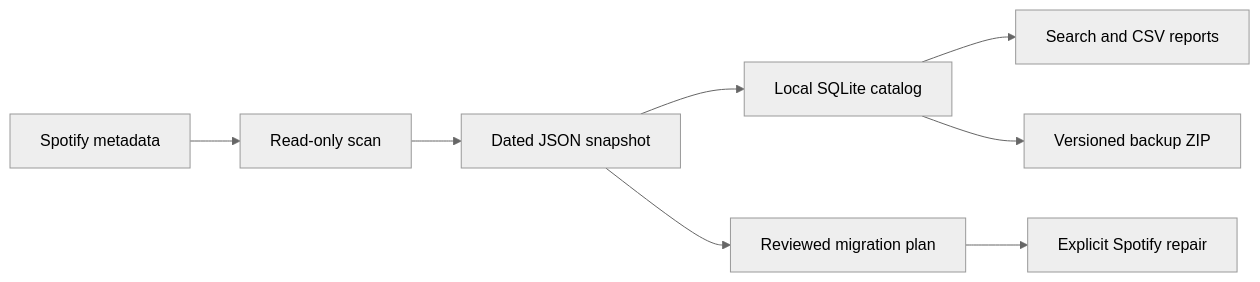
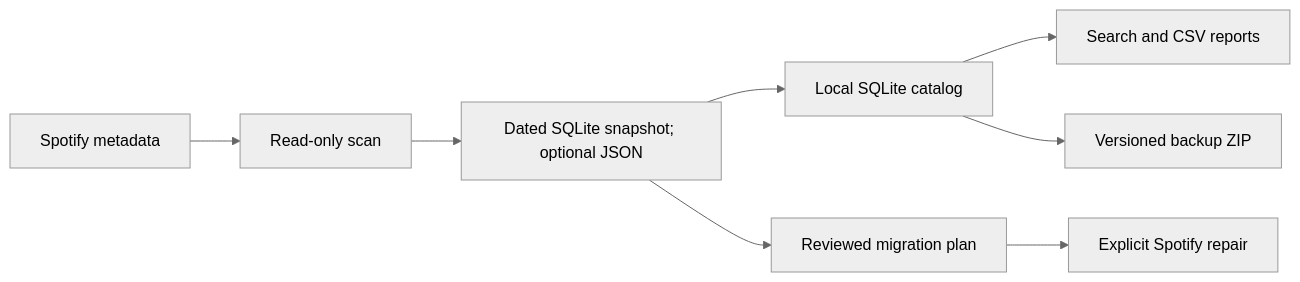
Before and after one commit to mrdc1790/personal-music-library: the diagram in README.md, drawn with Mermaid (neutral theme). The commit also changed other lines of this file and 10 other files, not shown here.

````diff
--- a/README.md
+++ b/README.md
@@ -79,10 +80,10 @@
 ```mermaid
 flowchart LR
     Spotify[Spotify metadata] --> Scan[Read-only scan]
-    Scan --> Snapshot[Dated JSON snapshot]
+    Scan --> Snapshot[Dated SQLite snapshot; optional JSON]
     Snapshot --> Catalog[Local SQLite catalog]
     Catalog --> Reports[Search and CSV reports]
     Catalog --> Backup[Versioned backup ZIP]
     Snapshot --> Plan[Reviewed migration plan]
     Plan --> Repair[Explicit Spotify repair]
 ```
````
